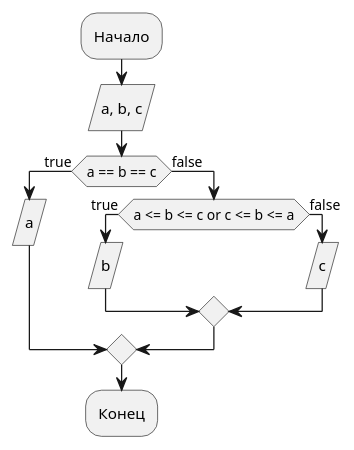
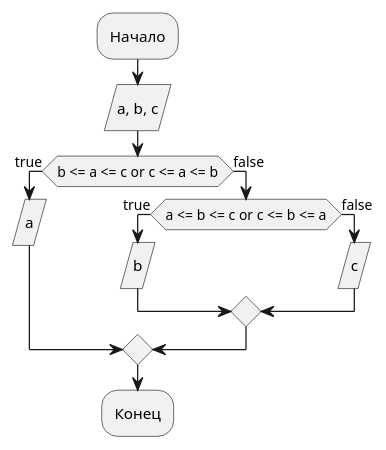
Before and after one commit to iatsuk/geekbrains: the diagram in python_algo/lesson01/task9.puml, drawn with PlantUML. The commit also changed 2 other files, not shown here.

```diff
--- a/python_algo/lesson01/task9.puml
+++ b/python_algo/lesson01/task9.puml
@@ -1,14 +1,14 @@
 @startuml
 :Начало;
 :a, b, c/
-if (a == b == c) then (true)
+if (b <= a <= c or c <= a <= b) then (true)
   :a/
 else (false)
   if (a <= b <= c or c <= b <= a) then (true)
     :b/
   else (false)
     :c/
   endif
 endif
 :Конец;
 @enduml
```
